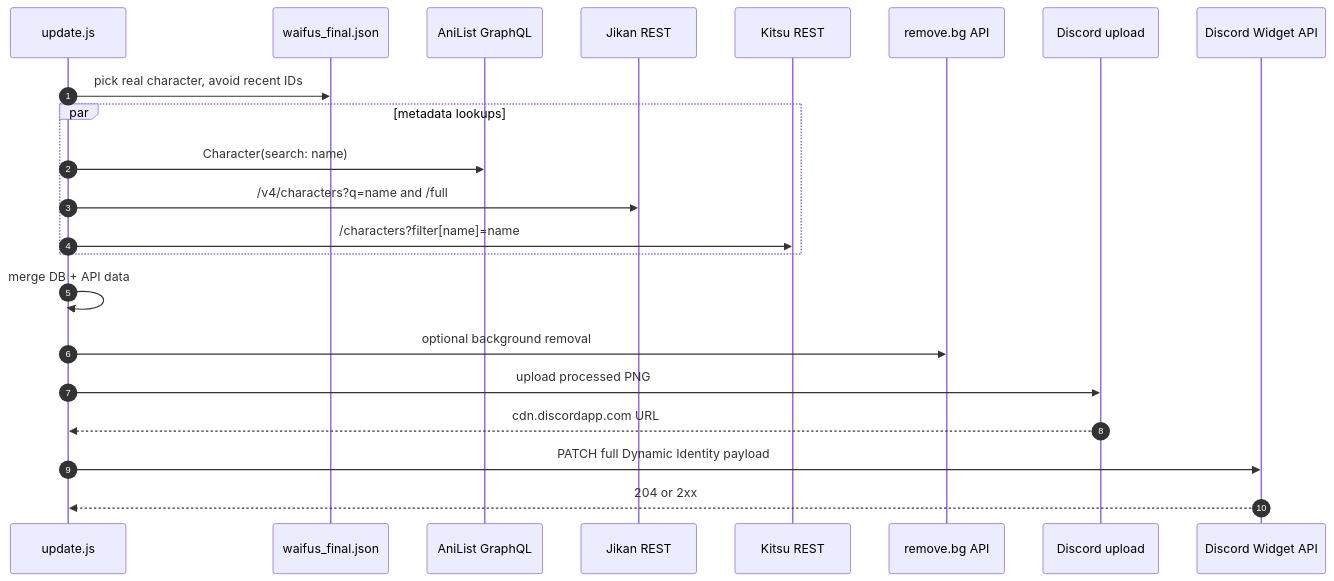
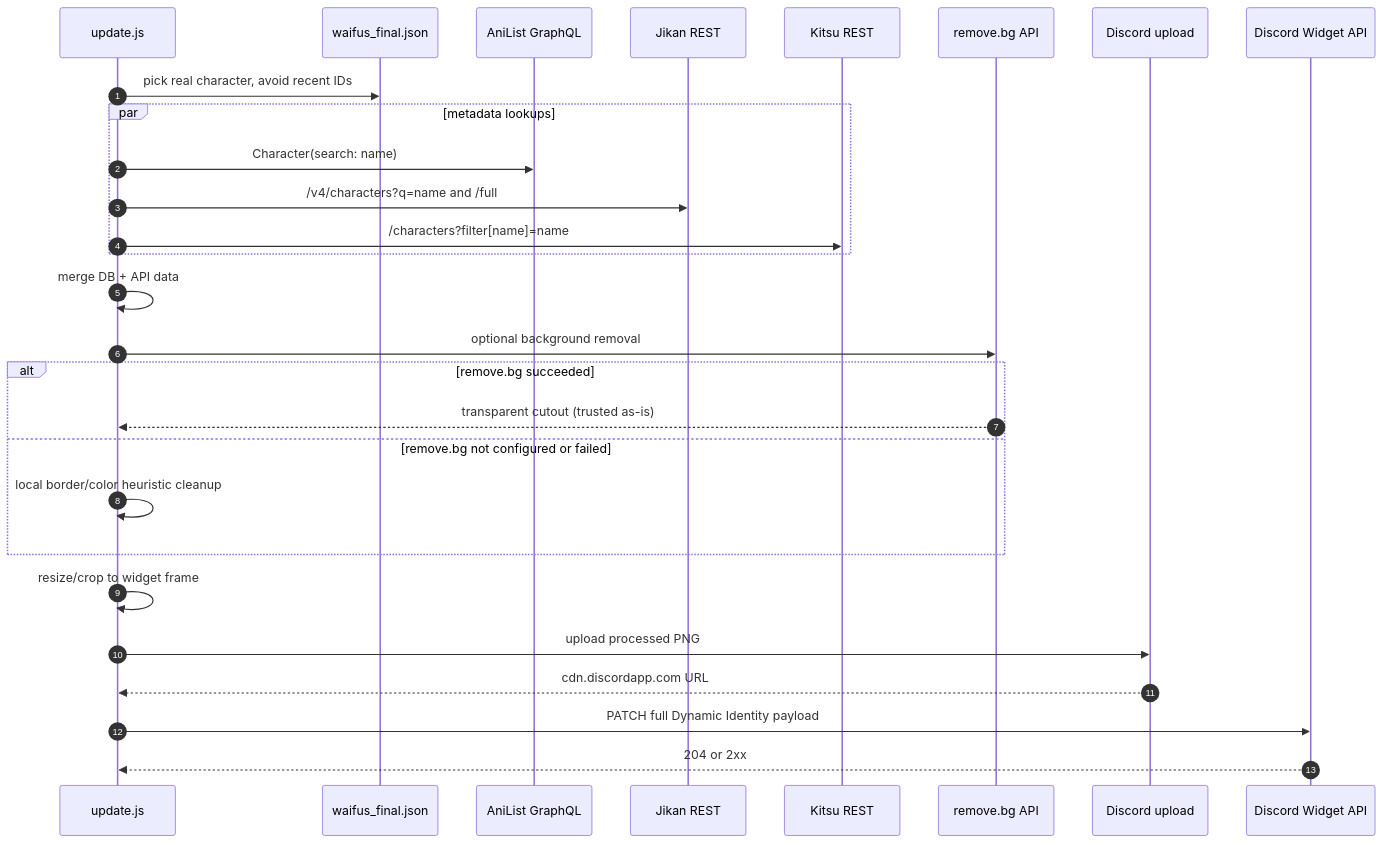
One commit to MeYashverma/discord-waifu-widget changed the diagram in docs/API_FLOW.md. Above: the diagram before and after it, drawn with Mermaid. The commit also changed other lines of this file, not shown here.

Commit message:
Update background removal explanation in API_FLOW.md
Clarified background removal process in API flow documentation.

````diff
--- a/docs/API_FLOW.md
+++ b/docs/API_FLOW.md
@@ -5,25 +5,31 @@
 ```mermaid
 sequenceDiagram
     autonumber
     participant App as update.js
     participant DB as waifus_final.json
     participant AniList as AniList GraphQL
     participant Jikan as Jikan REST
     participant Kitsu as Kitsu REST
     participant RemoveBG as remove.bg API
     participant DiscordCDN as Discord upload
     participant Discord as Discord Widget API
 
     App->>DB: pick real character, avoid recent IDs
     par metadata lookups
         App->>AniList: Character(search: name)
         App->>Jikan: /v4/characters?q=name and /full
         App->>Kitsu: /characters?filter[name]=name
     end
     App->>App: merge DB + API data
     App->>RemoveBG: optional background removal
+    alt remove.bg succeeded
+        RemoveBG-->>App: transparent cutout (trusted as-is)
+    else remove.bg not configured or failed
+        App->>App: local border/color heuristic cleanup
+    end
+    App->>App: resize/crop to widget frame
     App->>DiscordCDN: upload processed PNG
     DiscordCDN-->>App: cdn.discordapp.com URL
     App->>Discord: PATCH full Dynamic Identity payload
     Discord-->>App: 204 or 2xx
 ```
````
